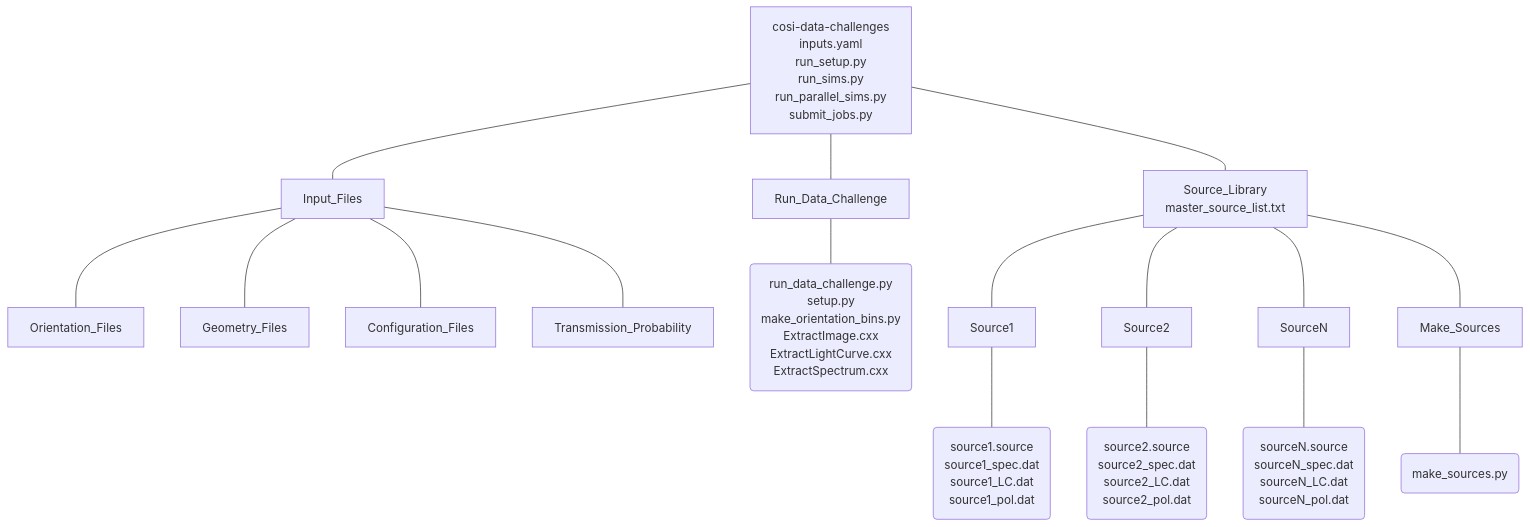
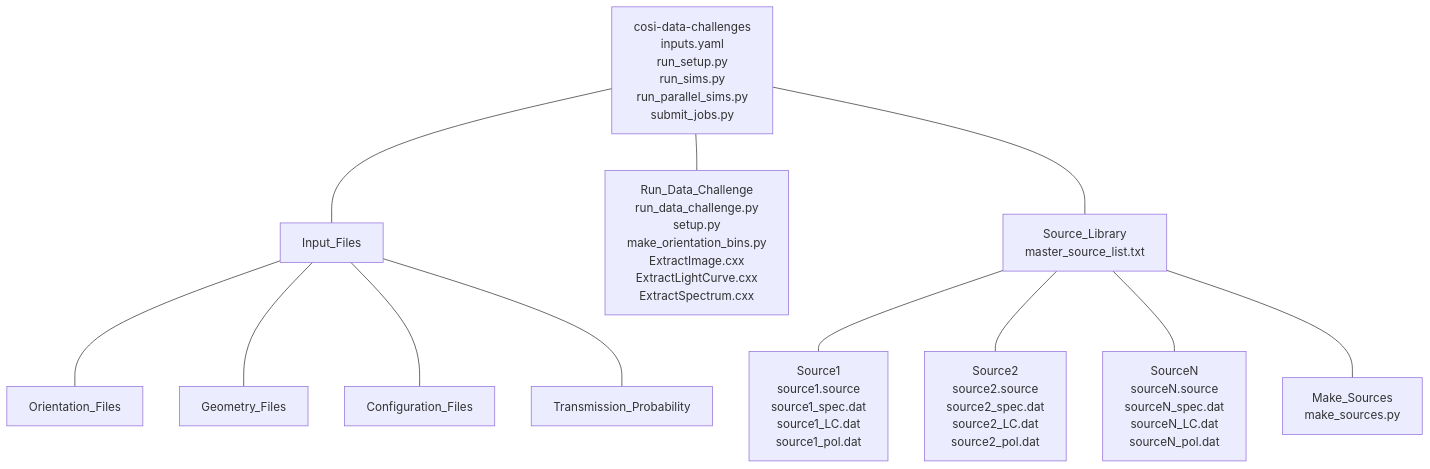
One commit to hiyoneda/cosi-data-challenges-IPMU changed the diagram in README.md. Above: the diagram before and after it, drawn with Mermaid.

````diff
--- a/README.md
+++ b/README.md
@@ -18,18 +18,13 @@
 ```mermaid
 %%{init: {'theme':'default'}}%%
 graph TD;
-    A[cosi-data-challenges<br>inputs.yaml<br>run_setup.py<br>run_sims.py<br>run_parallel_sims.py<br>submit_jobs.py] --- C[Input_Files] & D[Run_Data_Challenge] & E[Source_Library<br>master_source_list.txt];
+    A[cosi-data-challenges<br>inputs.yaml<br>run_setup.py<br>run_sims.py<br>run_parallel_sims.py<br>submit_jobs.py] --- C[Input_Files] & D[Run_Data_Challenge<br>run_data_challenge.py<br>setup.py<br>make_orientation_bins.py<br>ExtractImage.cxx<br>ExtractLightCurve.cxx<br>ExtractSpectrum.cxx] & E[Source_Library<br>master_source_list.txt];
     C --- Ca["Orientation_Files"];
     C --- Cb[Geometry_Files];
     C --- Cd[Configuration_Files];
     C --- Ce["Transmission_Probability"];
-    D --- Da(run_data_challenge.py<br>setup.py<br>make_orientation_bins.py<br>ExtractImage.cxx<br>ExtractLightCurve.cxx<br>ExtractSpectrum.cxx);
-    E --- Ea[Source1];
-    E --- Eb[Source2];
-    E --- Ec[SourceN];
-    E --- Ed[Make_Sources];
-    Ea --- Eaa(source1.source<br>source1_spec.dat<br>source1_LC.dat<br>source1_pol.dat);
-    Eb --- Ebb(source2.source<br>source2_spec.dat<br>source2_LC.dat<br>source2_pol.dat);
-    Ec --- Ecc(sourceN.source<br>sourceN_spec.dat<br>sourceN_LC.dat<br>sourceN_pol.dat);
-    Ed --- Edd(make_sources.py);
+    E --- Ea[Source1<br>source1.source<br>source1_spec.dat<br>source1_LC.dat<br>source1_pol.dat];
+    E --- Eb[Source2<br>source2.source<br>source2_spec.dat<br>source2_LC.dat<br>source2_pol.dat];
+    E --- Ec[SourceN<br>sourceN.source<br>sourceN_spec.dat<br>sourceN_LC.dat<br>sourceN_pol.dat];
+    E --- Ed[Make_Sources<br>make_sources.py];
 ```
````
